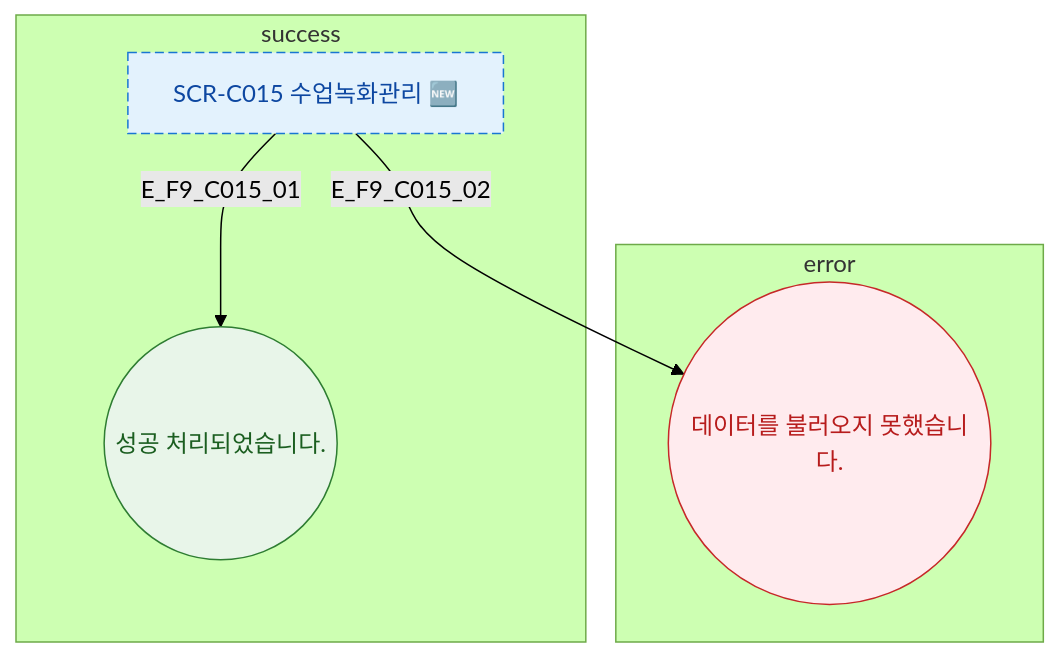
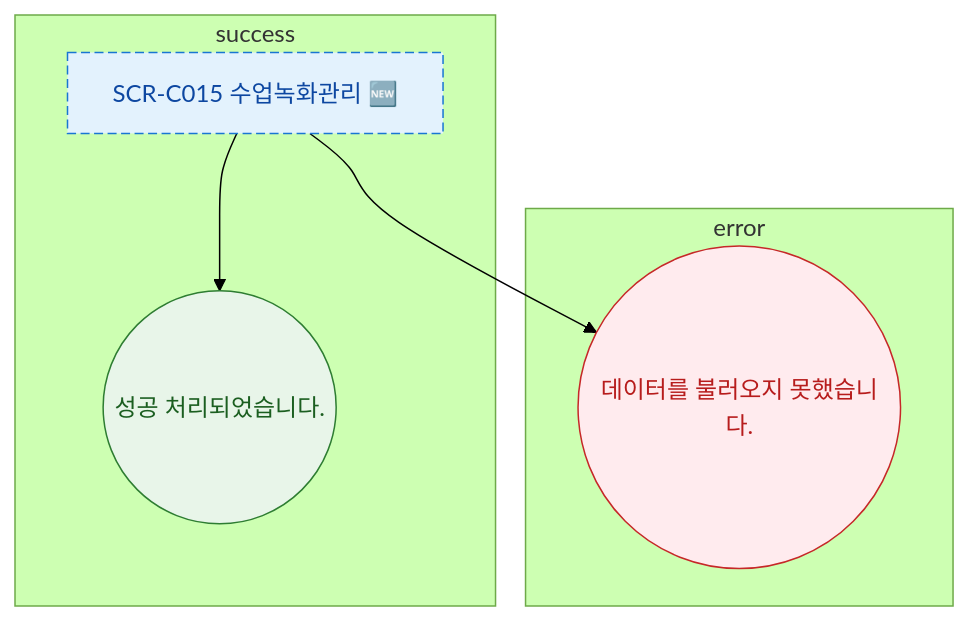
Before and after one commit to dev-spogym/admin-pando: the diagram in docs/다이어그램/D04_수업관리/SCR-C015_수업녹화관리/F9_토스트.md, drawn with Mermaid (forest theme). The commit also changed other lines of this file and 1660 other files, not shown here.

First line of the commit message:
다이어그램: 기획자/클라이언트 납품본으로 정리

````diff
--- a/docs/다이어그램/D04_수업관리/SCR-C015_수업녹화관리/F9_토스트.md
+++ b/docs/다이어그램/D04_수업관리/SCR-C015_수업녹화관리/F9_토스트.md
@@ -20,18 +18,18 @@
 ```mermaid
 flowchart TD
   SCR_NODE[SCR-C015 수업녹화관리 🆕]
   subgraph success_toasts[success]
-    SCR_NODE -->|E_F9_C015_01| T_OK((성공 처리되었습니다.))
+    SCR_NODE --> T_OK((성공 처리되었습니다.))
   end
   subgraph error_toasts[error]
-    SCR_NODE -->|E_F9_C015_02| T_ERR((데이터를 불러오지 못했습니다.))
+    SCR_NODE --> T_ERR((데이터를 불러오지 못했습니다.))
   end
   classDef screen fill:#E3F2FD,stroke:#1976D2,color:#0D47A1
   classDef success fill:#E8F5E9,stroke:#2E7D32,color:#1B5E20
   classDef error fill:#FFEBEE,stroke:#C62828,color:#B71C1C
   classDef newFeature fill:#F3E5F5,stroke:#7B1FA2,color:#4A148C,stroke-dasharray:6 3
   class SCR_NODE newFeature
   class SCR_NODE screen
   class T_OK success
   class T_ERR error
 ```
````
